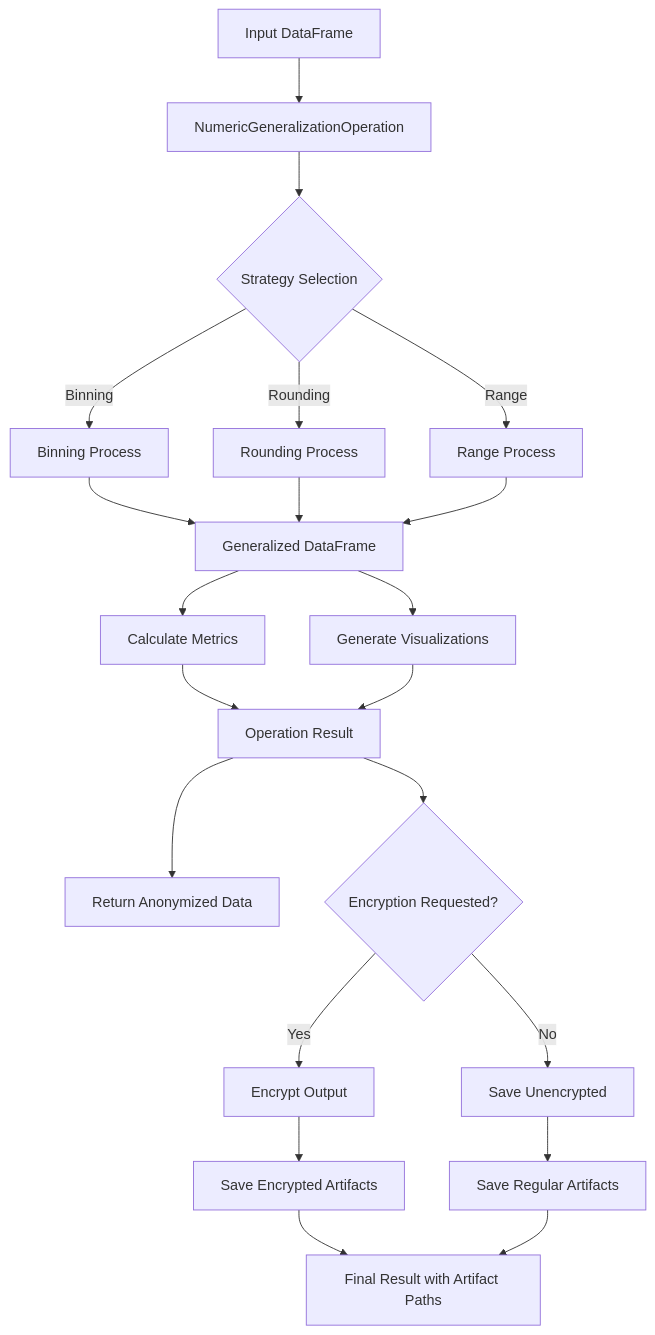
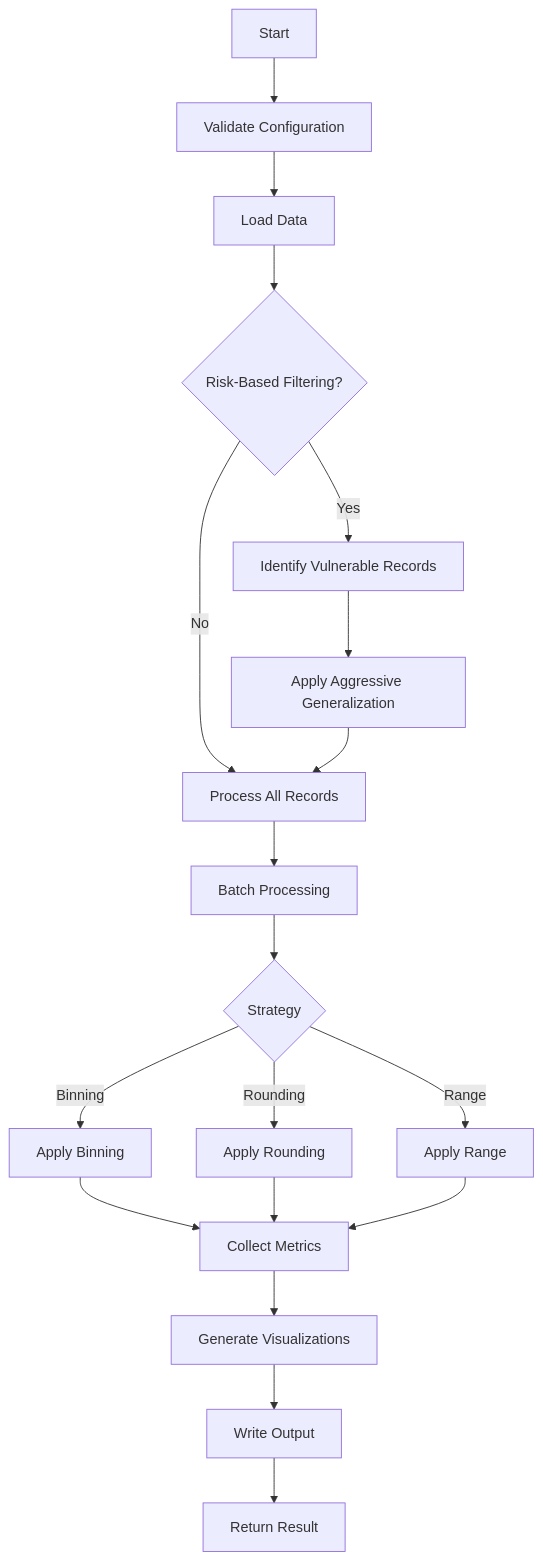
One commit to DGT-Network/PAMOLA changed the diagram in docs/en/core/anonymization/generalization/numeric.md. Above: the diagram before and after it, drawn with Mermaid. The commit also changed other lines of this file and 368 other files, not shown here.

````diff
--- a/docs/en/core/anonymization/generalization/numeric.md
+++ b/docs/en/core/anonymization/generalization/numeric.md
@@ -86,30 +84,21 @@
 ```mermaid
 flowchart TD
-    A[Input DataFrame] --> B[NumericGeneralizationOperation]
-    B --> C{Strategy Selection}
-    C -->|Binning| D[Binning Process]
-    C -->|Rounding| E[Rounding Process]
-    C -->|Range| F[Range Process]
-    
-    D --> G[Generalized DataFrame]
-    E --> G
-    F --> G
-    
-    G --> H[Calculate Metrics]
-    G --> I[Generate Visualizations]
-    
-    H --> J[Operation Result]
-    I --> J
-    
-    J --> K[Return Anonymized Data]
-    J --> L{Encryption Requested?}
-    
-    L -->|Yes| M[Encrypt Output]
-    L -->|No| N[Save Unencrypted]
-    
-    M --> O[Save Encrypted Artifacts]
-    N --> P[Save Regular Artifacts]
-    
-    O --> Q[Final Result with Artifact Paths]
-    P --> Q
+    A[Start] --> B[Validate Configuration]
+    B --> C[Load Data]
+    C --> D{Risk-Based Filtering?}
+    D -->|Yes| E[Identify Vulnerable Records]
+    D -->|No| F[Process All Records]
+    E --> G[Apply Aggressive Generalization]
+    G --> F
+    F --> H[Batch Processing]
+    H --> I{Strategy}
+    I -->|Binning| J[Apply Binning]
+    I -->|Rounding| K[Apply Rounding]
+    I -->|Range| L[Apply Range]
+    J --> M[Collect Metrics]
+    K --> M
+    L --> M
+    M --> N[Generate Visualizations]
+    N --> O[Write Output]
+    O --> P[Return Result]
 ```
````
